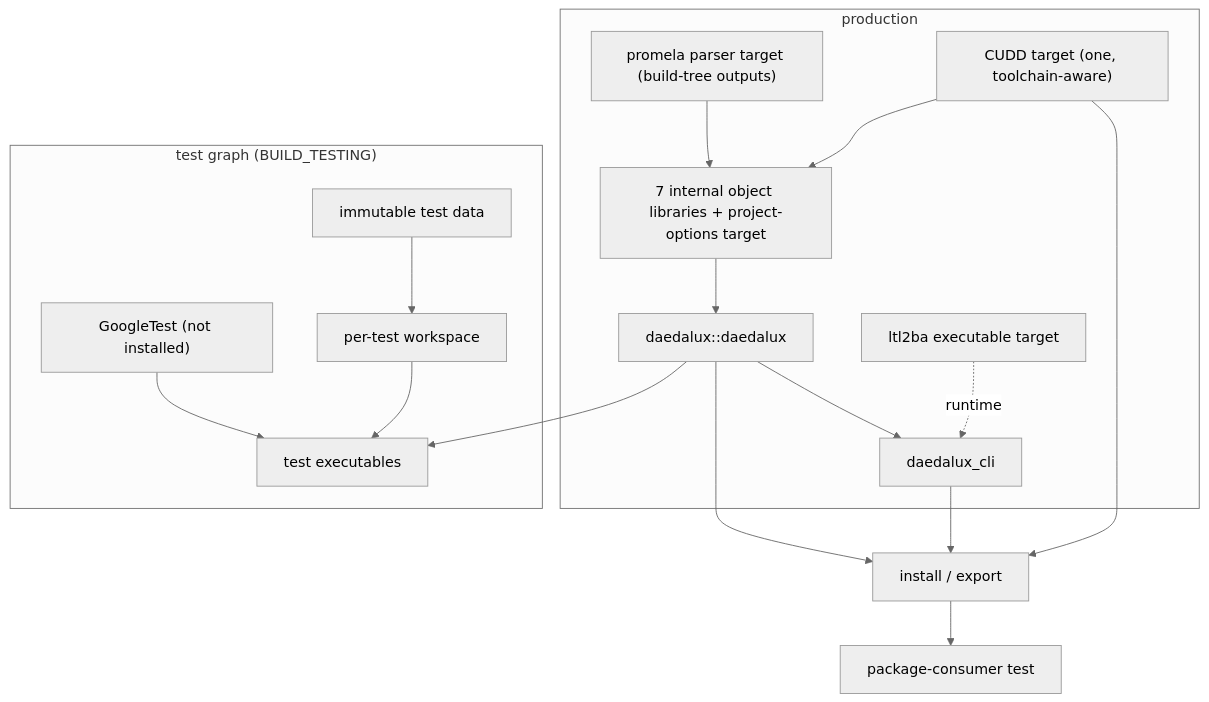
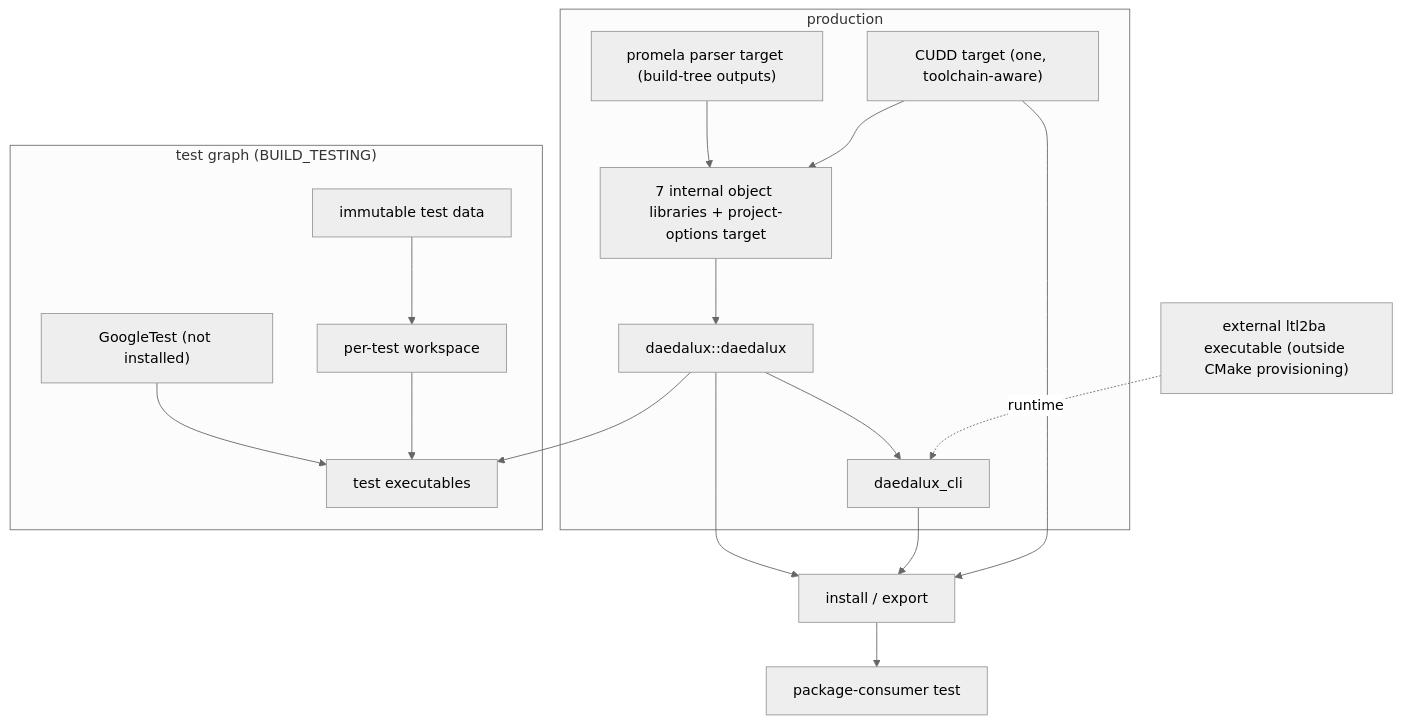
One commit to samilazreg-eng/DaedaluX changed the first of 2 diagrams in docs/build-modernization-roadmap.md. Above: the diagram before and after it, drawn with Mermaid (neutral theme). The commit also changed other lines of this file and 1 other file, not shown here.

Commit message:
docs: synchronize Phase 5 external runtime contracts

````diff
--- a/docs/build-modernization-roadmap.md
+++ b/docs/build-modernization-roadmap.md
@@ -138,19 +145,19 @@
 ```mermaid
 flowchart TB
     subgraph production
         parser["promela parser target (build-tree outputs)"] --> modules
         cudd["CUDD target (one, toolchain-aware)"] --> modules
         modules["7 internal object libraries + project-options target"] --> lib["daedalux::daedalux"]
         lib --> cli["daedalux_cli"]
-        ltl2ba["ltl2ba executable target"] -. runtime .-> cli
     end
+    ltl2ba["external ltl2ba executable (outside CMake provisioning)"] -. runtime .-> cli
     subgraph test ["test graph (BUILD_TESTING)"]
         gtest["GoogleTest (not installed)"] --> tests["test executables"]
         lib --> tests
         data["immutable test data"] --> ws["per-test workspace"] --> tests
     end
     lib --> install["install / export"]
     cli --> install
     cudd --> install
     install --> consumer["package-consumer test"]
 ```
````
